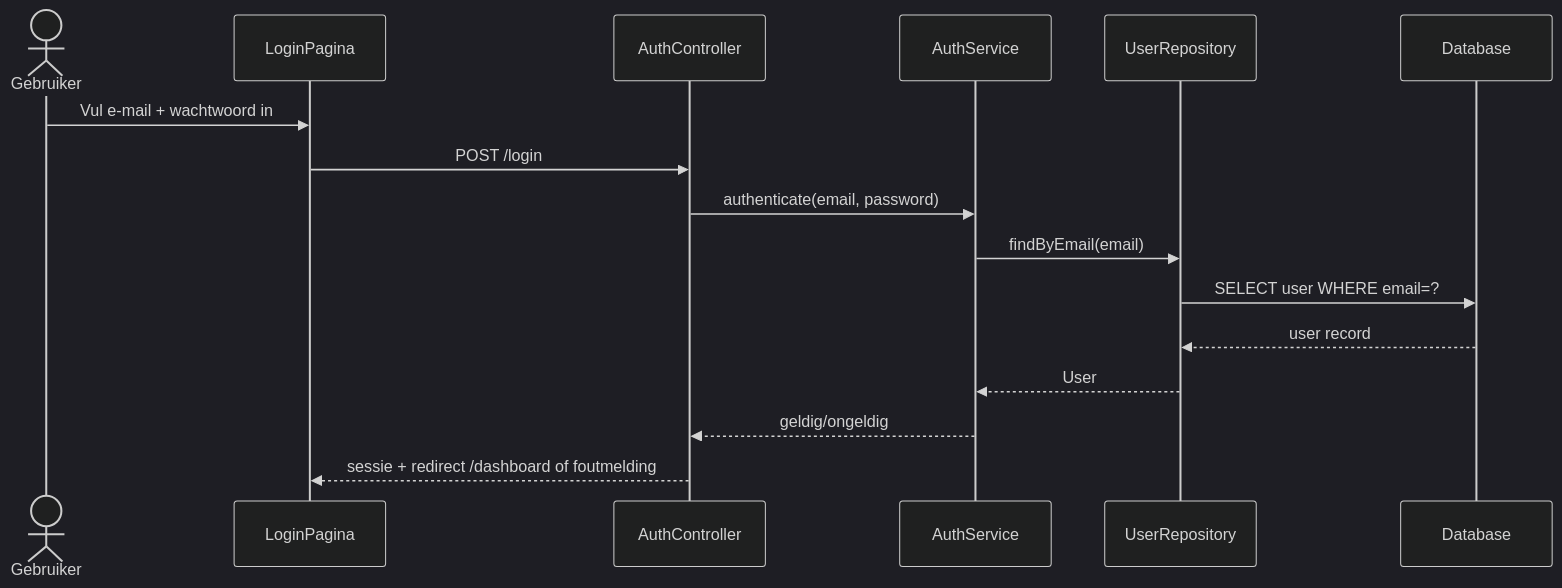
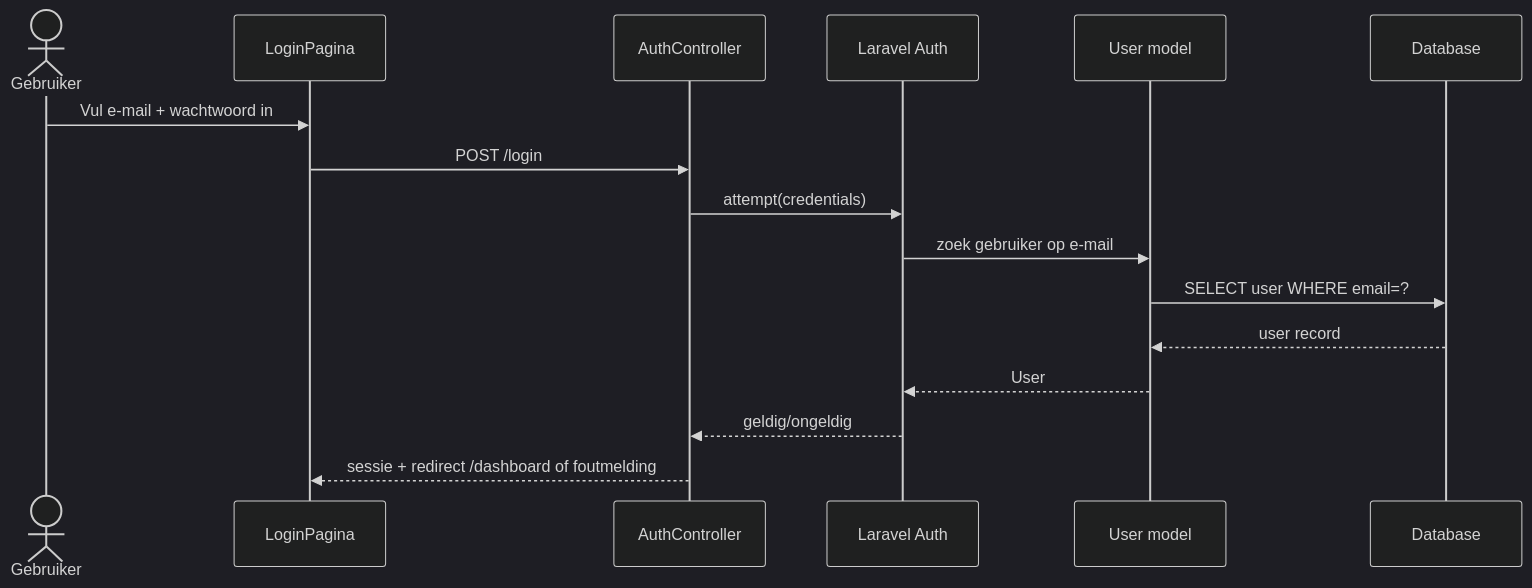
The fourth of 5 diagrams in docs/analyse-ontwerp-gamebibliotheek.md (RobinVanOudheusden2/propedeuse), drawn with Mermaid (dark theme) before and after one commit. The commit also changed other lines of this file and 59 other files, not shown here.

````diff
--- a/docs/analyse-ontwerp-gamebibliotheek.md
+++ b/docs/analyse-ontwerp-gamebibliotheek.md
@@ -279,19 +274,19 @@
 ```mermaid
 sequenceDiagram
     actor Gebruiker
     participant UI as LoginPagina
     participant AC as AuthController
-    participant AS as AuthService
-    participant UR as UserRepository
+    participant AUTH as Laravel Auth
+    participant USER as User model
     participant DB as Database
 
     Gebruiker->>UI: Vul e-mail + wachtwoord in
     UI->>AC: POST /login
-    AC->>AS: authenticate(email, password)
-    AS->>UR: findByEmail(email)
-    UR->>DB: SELECT user WHERE email=?
-    DB-->>UR: user record
-    UR-->>AS: User
-    AS-->>AC: geldig/ongeldig
+    AC->>AUTH: attempt(credentials)
+    AUTH->>USER: zoek gebruiker op e-mail
+    USER->>DB: SELECT user WHERE email=?
+    DB-->>USER: user record
+    USER-->>AUTH: User
+    AUTH-->>AC: geldig/ongeldig
     AC-->>UI: sessie + redirect /dashboard of foutmelding
 ```
````
